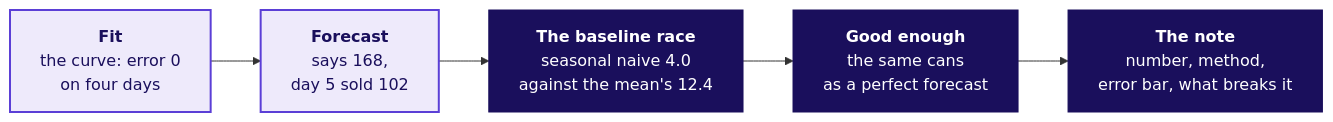
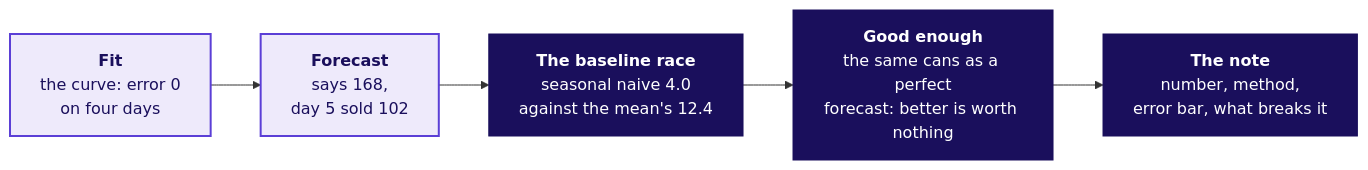
The fifth of 7 diagrams in content/W04/D5/whiteboards/C2_W04_D05_board_work_STUDENT.md (fde-academy-lab/c2-content-factory), drawn with Mermaid before and after one commit. The commit also changed other lines of this file and 5 other files, not shown here.

````diff
--- a/content/W04/D5/whiteboards/C2_W04_D05_board_work_STUDENT.md
+++ b/content/W04/D5/whiteboards/C2_W04_D05_board_work_STUDENT.md
@@ -99,11 +99,11 @@
 ```mermaid
 flowchart LR
     F["<b>Fit</b><br/>the curve: error 0<br/>on four days"] --> X["<b>Forecast</b><br/>says 168,<br/>day 5 sold 102"]
     X --> B["<b>The baseline race</b><br/>seasonal naive 4.0<br/>against the mean's 12.4"]
-    B --> G["<b>Good enough</b><br/>the same cans<br/>as a perfect forecast"]
+    B --> G["<b>Good enough</b><br/>the same cans as a perfect<br/>forecast: better is worth nothing"]
     G --> N["<b>The note</b><br/>number, method,<br/>error bar, what breaks it"]
     classDef lit fill:#1A0F5C,stroke:#1A0F5C,color:#FFFFFF
     classDef known fill:#EEEAFB,stroke:#5B3FD6,color:#1A0F5C,stroke-width:2px
     class F,X known
     class B,G,N lit
 ```
````
